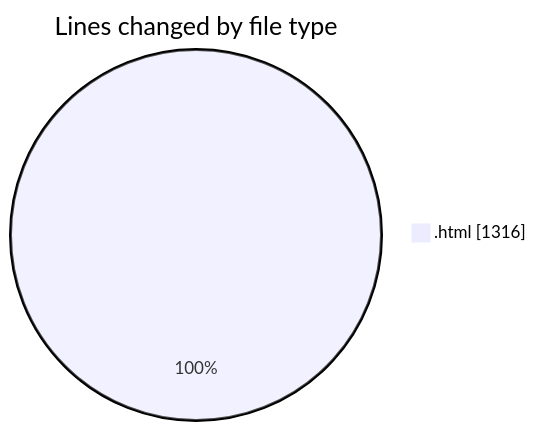
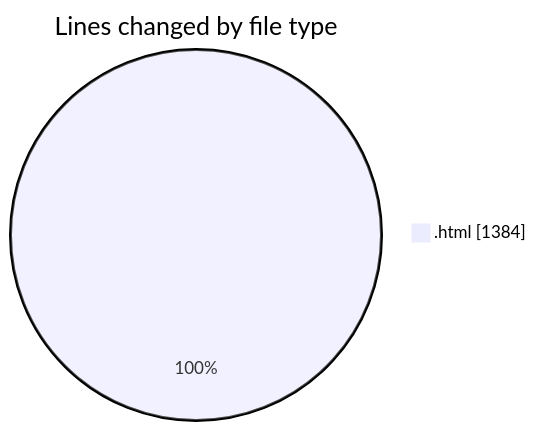
One commit to Ritupan-Deka/code-tracking changed the first of 2 diagrams in 2025-05-23/projects/README.md. Above: the diagram before and after it, drawn with Mermaid. The commit also changed other lines of this file and 1 other file, not shown here.

````diff
--- a/2025-05-23/projects/README.md
+++ b/2025-05-23/projects/README.md
@@ -20,5 +20,5 @@
 ```mermaid
 pie showData
 title Lines changed by file type
-".html" : 1316
+".html" : 1384
 ```
````
